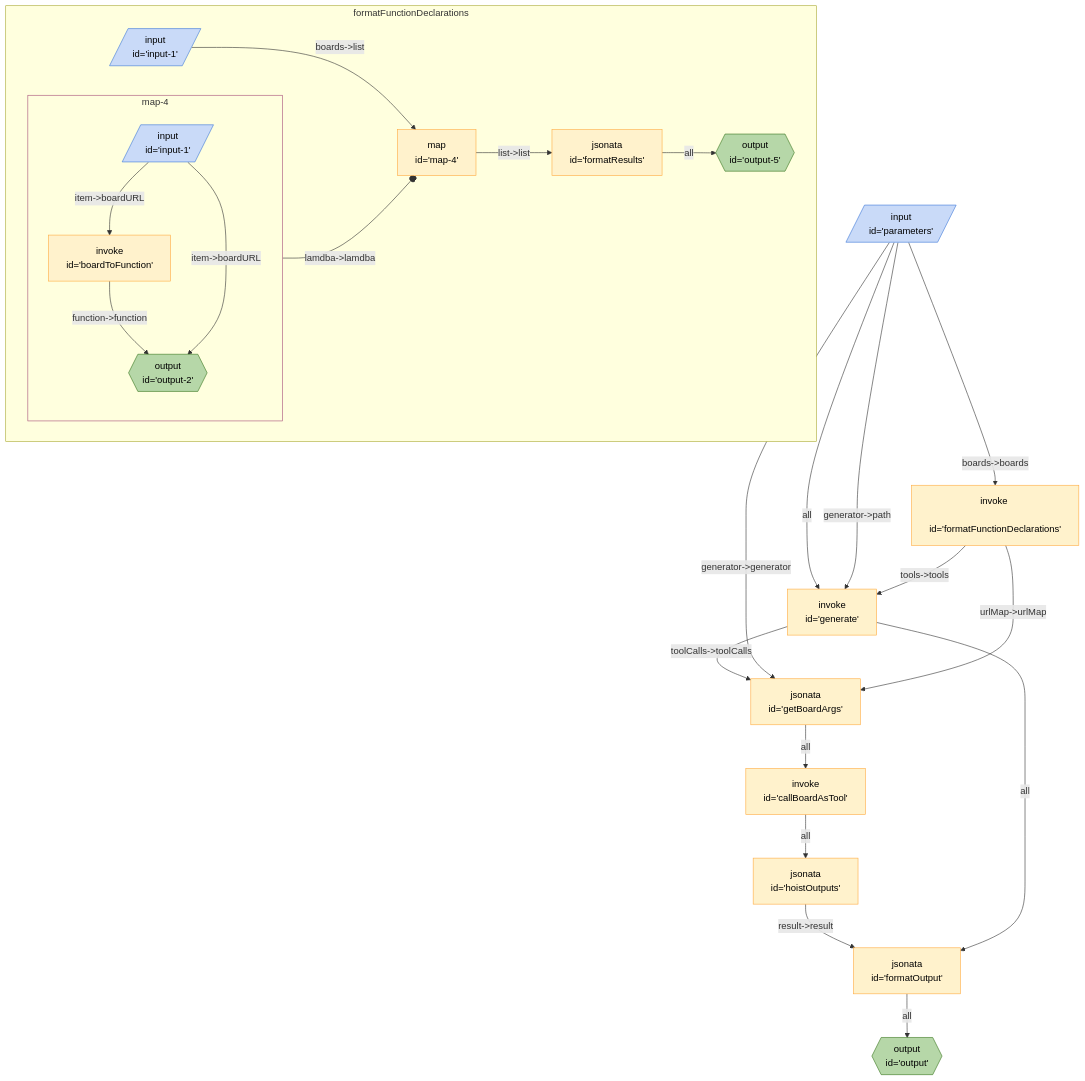
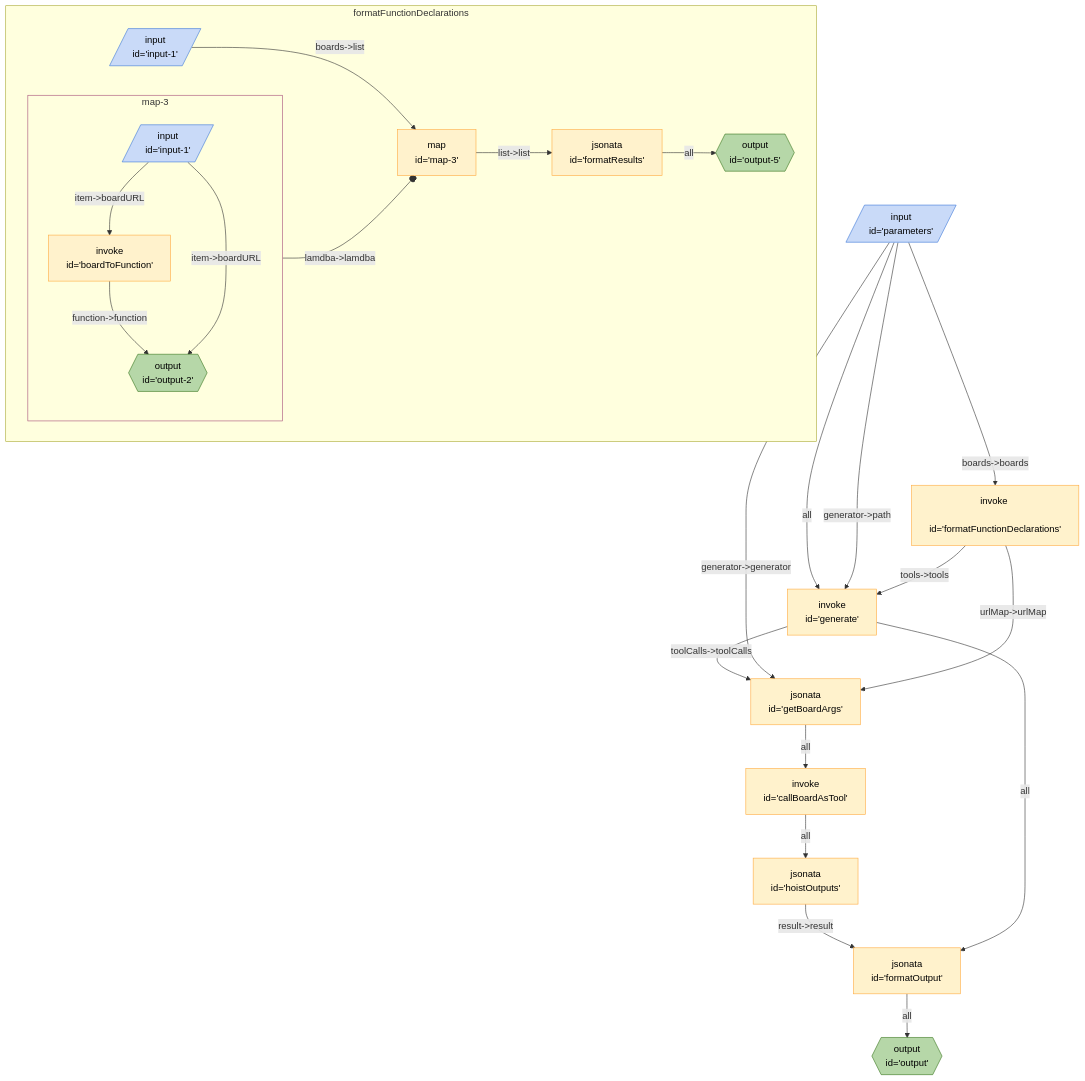
Before and after one commit to breadboard-ai/breadboard: the diagram in packages/breadboard-web/docs/graphs/board-caller.md, drawn with Mermaid. The commit also changed 18 other files, not shown here.

````diff
--- a/packages/breadboard-web/docs/graphs/board-caller.md
+++ b/packages/breadboard-web/docs/graphs/board-caller.md
@@ -3,38 +3,38 @@
 ```mermaid
 %%{init: 'themeVariables': { 'fontFamily': 'Fira Code, monospace' }}%%
 graph TD;
 formatOutput["jsonata <br> id='formatOutput'"] -- all --> output{{"output <br> id='output'"}}:::output
 hoistOutputs["jsonata <br> id='hoistOutputs'"] -- "result->result" --> formatOutput["jsonata <br> id='formatOutput'"]
 generate["invoke <br> id='generate'"] -- "toolCalls->toolCalls" --> getBoardArgs["jsonata <br> id='getBoardArgs'"]
 generate["invoke <br> id='generate'"] -- all --> formatOutput["jsonata <br> id='formatOutput'"]
 callBoardAsTool["invoke <br> id='callBoardAsTool'"] -- all --> hoistOutputs["jsonata <br> id='hoistOutputs'"]
 parameters[/"input <br> id='parameters'"/]:::input -- "boards->boards" --> formatFunctionDeclarations["invoke <br> id='formatFunctionDeclarations'"]
 parameters[/"input <br> id='parameters'"/]:::input -- all --> generate["invoke <br> id='generate'"]
 parameters[/"input <br> id='parameters'"/]:::input -- "generator->path" --> generate["invoke <br> id='generate'"]
 parameters[/"input <br> id='parameters'"/]:::input -- "generator->generator" --> getBoardArgs["jsonata <br> id='getBoardArgs'"]
 formatFunctionDeclarations["invoke <br> id='formatFunctionDeclarations'"] -- "tools->tools" --> generate["invoke <br> id='generate'"]
 formatFunctionDeclarations["invoke <br> id='formatFunctionDeclarations'"] -- "urlMap->urlMap" --> getBoardArgs["jsonata <br> id='getBoardArgs'"]
 getBoardArgs["jsonata <br> id='getBoardArgs'"] -- all --> callBoardAsTool["invoke <br> id='callBoardAsTool'"]
 
 subgraph sg_formatFunctionDeclarations [formatFunctionDeclarations]
 formatFunctionDeclarations_formatResults["jsonata <br> id='formatResults'"] -- all --> formatFunctionDeclarations_output5{{"output <br> id='output-5'"}}:::output
-formatFunctionDeclarations_map4["map <br> id='map-4'"] -- "list->list" --> formatFunctionDeclarations_formatResults["jsonata <br> id='formatResults'"]
-subgraph sg_map4 [map-4]
-formatFunctionDeclarations_map4_boardToFunction["invoke <br> id='boardToFunction'"] -- "function->function" --> formatFunctionDeclarations_map4_output2{{"output <br> id='output-2'"}}:::output
-formatFunctionDeclarations_map4_input1[/"input <br> id='input-1'"/]:::input -- "item->boardURL" --> formatFunctionDeclarations_map4_boardToFunction["invoke <br> id='boardToFunction'"]
-formatFunctionDeclarations_map4_input1[/"input <br> id='input-1'"/]:::input -- "item->boardURL" --> formatFunctionDeclarations_map4_output2{{"output <br> id='output-2'"}}:::output
+formatFunctionDeclarations_map3["map <br> id='map-3'"] -- "list->list" --> formatFunctionDeclarations_formatResults["jsonata <br> id='formatResults'"]
+subgraph sg_map3 [map-3]
+formatFunctionDeclarations_map3_boardToFunction["invoke <br> id='boardToFunction'"] -- "function->function" --> formatFunctionDeclarations_map3_output2{{"output <br> id='output-2'"}}:::output
+formatFunctionDeclarations_map3_input1[/"input <br> id='input-1'"/]:::input -- "item->boardURL" --> formatFunctionDeclarations_map3_boardToFunction["invoke <br> id='boardToFunction'"]
+formatFunctionDeclarations_map3_input1[/"input <br> id='input-1'"/]:::input -- "item->boardURL" --> formatFunctionDeclarations_map3_output2{{"output <br> id='output-2'"}}:::output
 end
-sg_map4:::slotted -- "lamdba->lamdba" --o formatFunctionDeclarations_map4
+sg_map3:::slotted -- "lamdba->lamdba" --o formatFunctionDeclarations_map3
 
-formatFunctionDeclarations_input1[/"input <br> id='input-1'"/]:::input -- "boards->list" --> formatFunctionDeclarations_map4["map <br> id='map-4'"]
+formatFunctionDeclarations_input1[/"input <br> id='input-1'"/]:::input -- "boards->list" --> formatFunctionDeclarations_map3["map <br> id='map-3'"]
 end
 
 classDef default stroke:#ffab40,fill:#fff2ccff,color:#000
 classDef input stroke:#3c78d8,fill:#c9daf8ff,color:#000
 classDef output stroke:#38761d,fill:#b6d7a8ff,color:#000
 classDef passthrough stroke:#a64d79,fill:#ead1dcff,color:#000
 classDef slot stroke:#a64d79,fill:#ead1dcff,color:#000
 classDef config stroke:#a64d79,fill:#ead1dcff,color:#000
 classDef secrets stroke:#db4437,fill:#f4cccc,color:#000
 classDef slotted stroke:#a64d79
 ```
````
